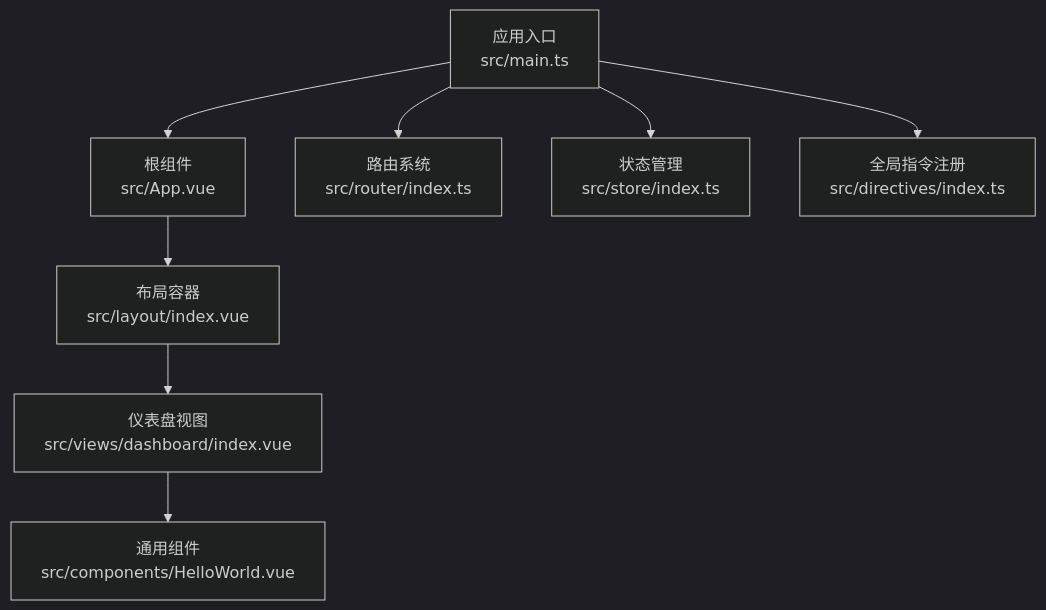
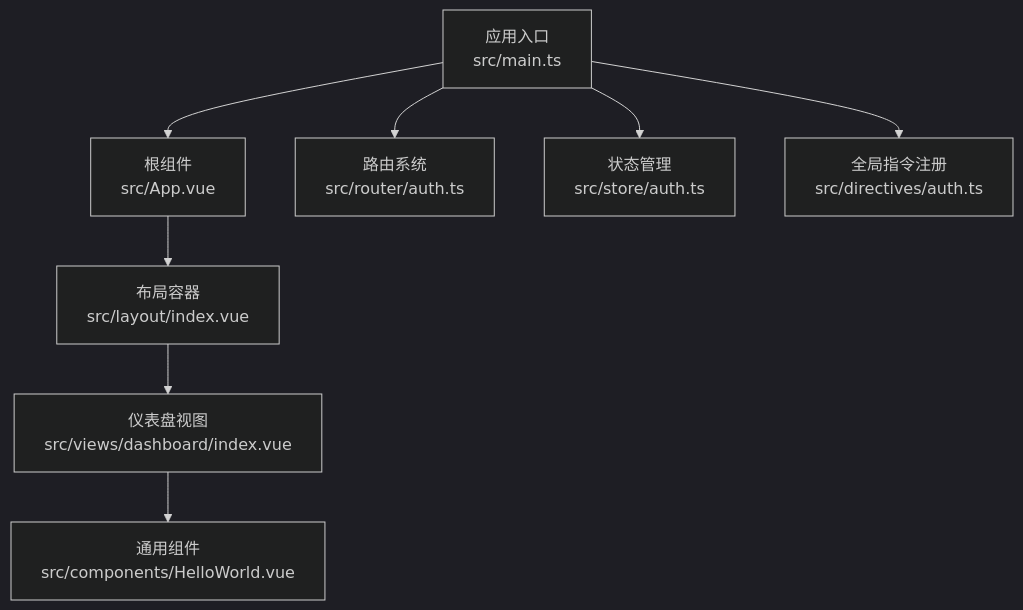
Before and after one commit to qiseyun/vue-ts-admin: the first of 3 diagrams in .qoder/repowiki/zh/content/组件与工具库/通用组件.md, drawn with Mermaid (dark theme). The commit also changed other lines of this file and 42 other files, not shown here.

````diff
--- a/.qoder/repowiki/zh/content/组件与工具库/通用组件.md
+++ b/.qoder/repowiki/zh/content/组件与工具库/通用组件.md
@@ -38,10 +38,10 @@
 ```mermaid
 graph TB
 A["应用入口<br/>src/main.ts"] --> B["根组件<br/>src/App.vue"]
-A --> C["路由系统<br/>src/router/index.ts"]
-A --> D["状态管理<br/>src/store/index.ts"]
-A --> E["全局指令注册<br/>src/directives/index.ts"]
+A --> C["路由系统<br/>src/router/auth.ts"]
+A --> D["状态管理<br/>src/store/auth.ts"]
+A --> E["全局指令注册<br/>src/directives/auth.ts"]
 B --> F["布局容器<br/>src/layout/index.vue"]
 F --> G["仪表盘视图<br/>src/views/dashboard/index.vue"]
 G --> H["通用组件<br/>src/components/HelloWorld.vue"]
 ```
````
